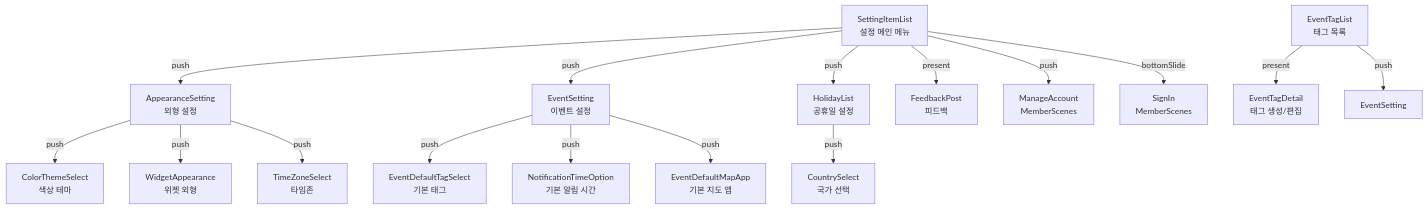
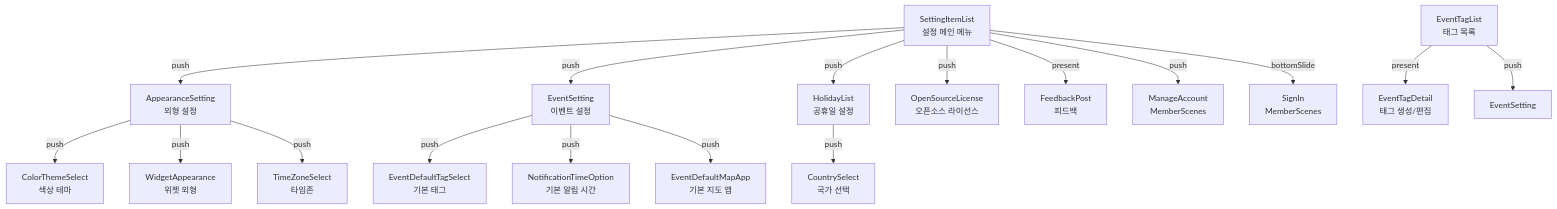
The first of 5 diagrams in Presentations/SettingScene/CLAUDE.md (sudopark/TodoCalendar), drawn with Mermaid before and after one commit. The commit also changed other lines of this file and 12 other files, not shown here.

First line of the commit message:
[#915] 설정의 Source Code 항목을 Open Source License로 교체

````diff
--- a/Presentations/SettingScene/CLAUDE.md
+++ b/Presentations/SettingScene/CLAUDE.md
@@ -13,22 +13,23 @@
 ```mermaid
 graph TD
     SIL[SettingItemList<br/>설정 메인 메뉴] -->|push| AS[AppearanceSetting<br/>외형 설정]
     SIL -->|push| ES[EventSetting<br/>이벤트 설정]
     SIL -->|push| HL[HolidayList<br/>공휴일 설정]
+    SIL -->|push| OSL[OpenSourceLicense<br/>오픈소스 라이선스]
     SIL -->|present| FP[FeedbackPost<br/>피드백]
     SIL -->|push| MA[ManageAccount<br/>MemberScenes]
     SIL -->|bottomSlide| SI[SignIn<br/>MemberScenes]
 
     AS -->|push| CT[ColorThemeSelect<br/>색상 테마]
     AS -->|push| WA[WidgetAppearance<br/>위젯 외형]
     AS -->|push| TZ[TimeZoneSelect<br/>타임존]
 
     ES -->|push| ETS[EventDefaultTagSelect<br/>기본 태그]
     ES -->|push| ENT[NotificationTimeOption<br/>기본 알림 시간]
     ES -->|push| EMA[EventDefaultMapApp<br/>기본 지도 앱]
 
     HL -->|push| CS[CountrySelect<br/>국가 선택]
 
     ETL[EventTagList<br/>태그 목록] -->|present| ETD[EventTagDetail<br/>태그 생성/편집]
     ETL -->|push| ES2[EventSetting]
 ```
````
